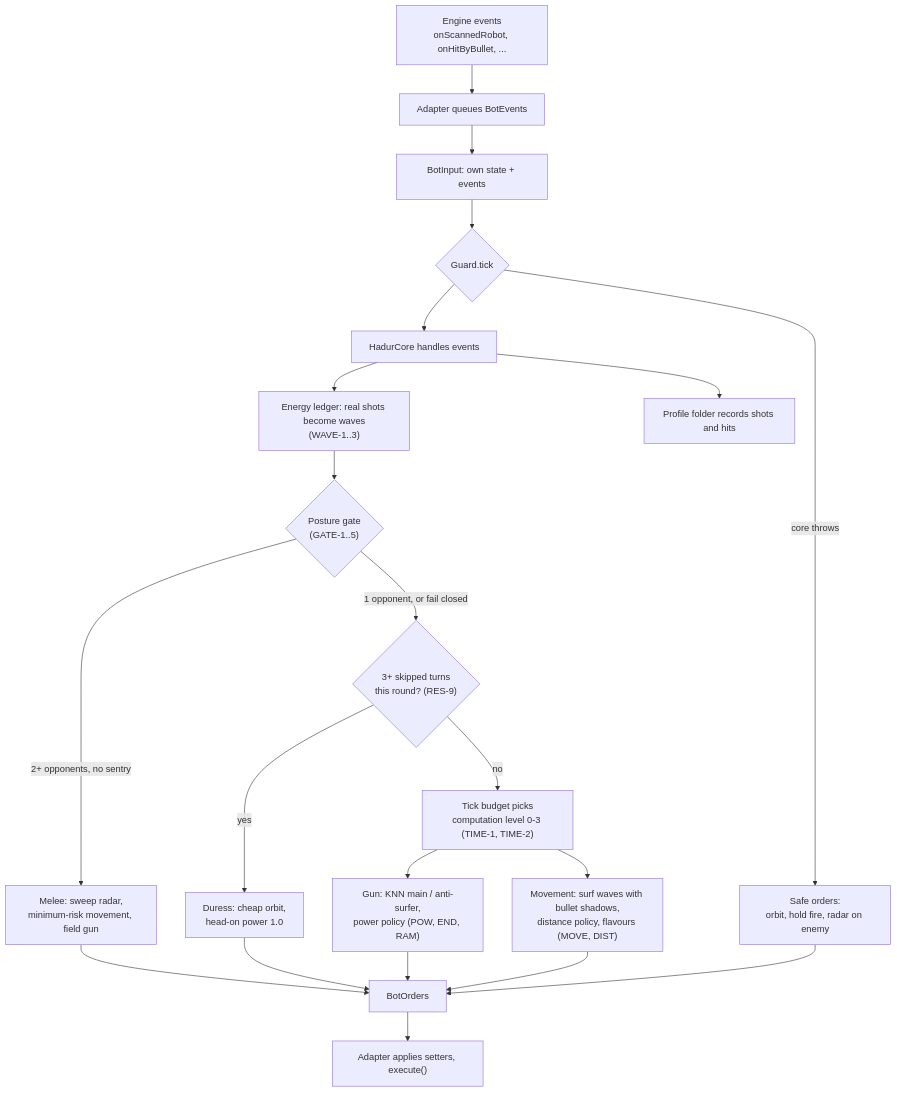
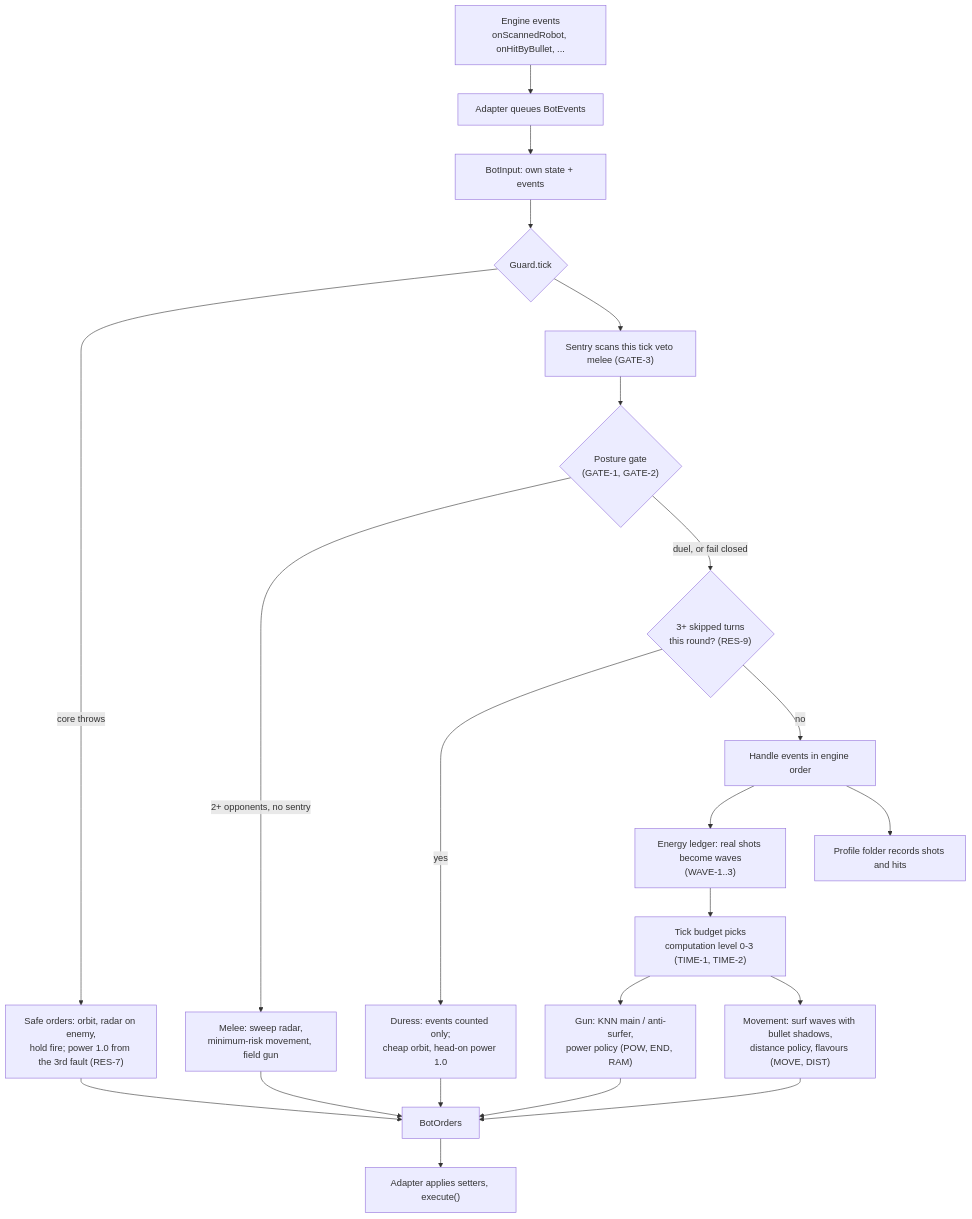
One commit to lgriffin/Hadur_Robot changed the second of 4 diagrams in README.md. Above: the diagram before and after it, drawn with Mermaid. The commit also changed other lines of this file, not shown here.

First line of the commit message:
docs: README diagrams follow the code: posture before events, guard return fire, one checkpoint

````diff
--- a/README.md
+++ b/README.md
@@ -164,19 +166,20 @@
 ```mermaid
 flowchart TD
     EV["Engine events<br/>onScannedRobot, onHitByBullet, ..."] --> Q["Adapter queues BotEvents"]
     Q --> IN["BotInput: own state + events"]
     IN --> GU{"Guard.tick"}
-    GU -- "core throws" --> SAFE["Safe orders:<br/>orbit, hold fire, radar on enemy"]
-    GU --> EVH["HadurCore handles events"]
+    GU -- "core throws" --> SAFE["Safe orders: orbit, radar on enemy,<br/>hold fire; power 1.0 from the 3rd fault (RES-7)"]
+    GU --> SEN["Sentry scans this tick veto melee (GATE-3)"]
+    SEN --> GATE{"Posture gate<br/>(GATE-1, GATE-2)"}
+    GATE -- "2+ opponents, no sentry" --> MEL["Melee: sweep radar,<br/>minimum-risk movement, field gun"]
+    GATE -- "duel, or fail closed" --> DUR{"3+ skipped turns<br/>this round? (RES-9)"}
+    DUR -- yes --> CHEAP["Duress: events counted only;<br/>cheap orbit, head-on power 1.0"]
+    DUR -- no --> EVH["Handle events in engine order"]
     EVH --> LED["Energy ledger: real shots become waves<br/>(WAVE-1..3)"]
     EVH --> FOLD["Profile folder records shots and hits"]
-    LED --> GATE{"Posture gate<br/>(GATE-1..5)"}
-    GATE -- "2+ opponents, no sentry" --> MEL["Melee: sweep radar,<br/>minimum-risk movement, field gun"]
-    GATE -- "1 opponent, or fail closed" --> DUR{"3+ skipped turns<br/>this round? (RES-9)"}
-    DUR -- yes --> CHEAP["Duress: cheap orbit,<br/>head-on power 1.0"]
-    DUR -- no --> LVL["Tick budget picks<br/>computation level 0-3 (TIME-1, TIME-2)"]
+    LED --> LVL["Tick budget picks<br/>computation level 0-3 (TIME-1, TIME-2)"]
     LVL --> GN["Gun: KNN main / anti-surfer,<br/>power policy (POW, END, RAM)"]
     LVL --> MO["Movement: surf waves with bullet shadows,<br/>distance policy, flavours (MOVE, DIST)"]
     MEL & CHEAP & GN & MO & SAFE --> OUT["BotOrders"]
     OUT --> EX["Adapter applies setters, execute()"]
 ```
````
